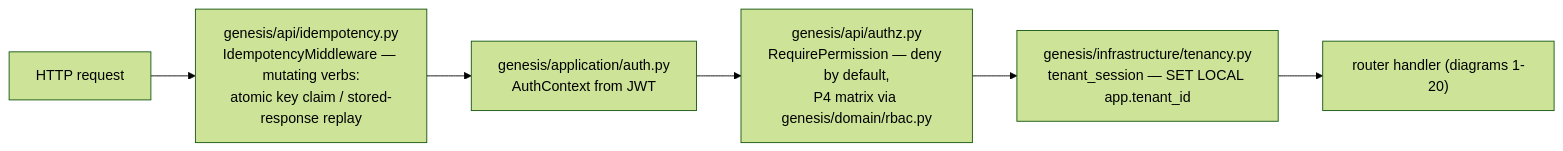
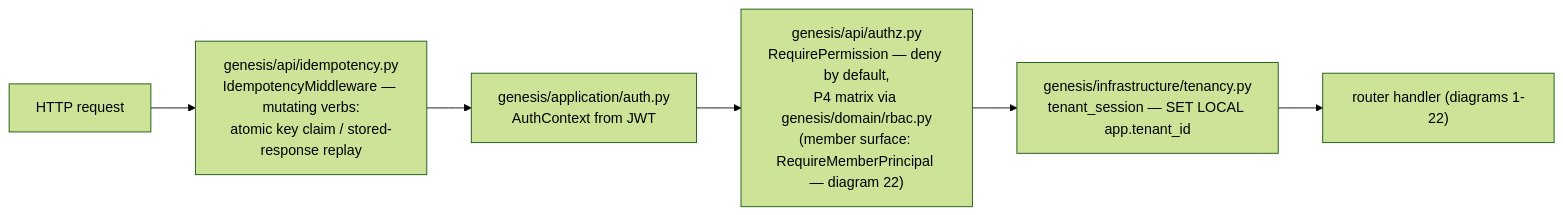
The first of 23 diagrams in docs/diagrams/c4-component.md (Benson-Kim/genesis-sacco), drawn with Mermaid (forest theme) before and after one commit. The commit also changed other lines of this file and 4 other files, not shown here.

First line of the commit message:
docs(diagrams): C4 as-built refresh to head 0036 — the !65/!66 rule-11 misses

````diff
--- a/docs/diagrams/c4-component.md
+++ b/docs/diagrams/c4-component.md
@@ -39,8 +44,8 @@
 ```mermaid
 flowchart LR
     REQ["HTTP request"] --> IDEM["genesis/api/idempotency.py<br/>IdempotencyMiddleware — mutating verbs:<br/>atomic key claim / stored-response replay"]
     IDEM --> AUTH["genesis/application/auth.py<br/>AuthContext from JWT"]
-    AUTH --> PERM["genesis/api/authz.py<br/>RequirePermission — deny by default,<br/>P4 matrix via genesis/domain/rbac.py"]
+    AUTH --> PERM["genesis/api/authz.py<br/>RequirePermission — deny by default,<br/>P4 matrix via genesis/domain/rbac.py<br/>(member surface: RequireMemberPrincipal — diagram 22)"]
     PERM --> TS["genesis/infrastructure/tenancy.py<br/>tenant_session — SET LOCAL app.tenant_id"]
-    TS --> H["router handler (diagrams 1-20)"]
+    TS --> H["router handler (diagrams 1-22)"]
 ```
````
